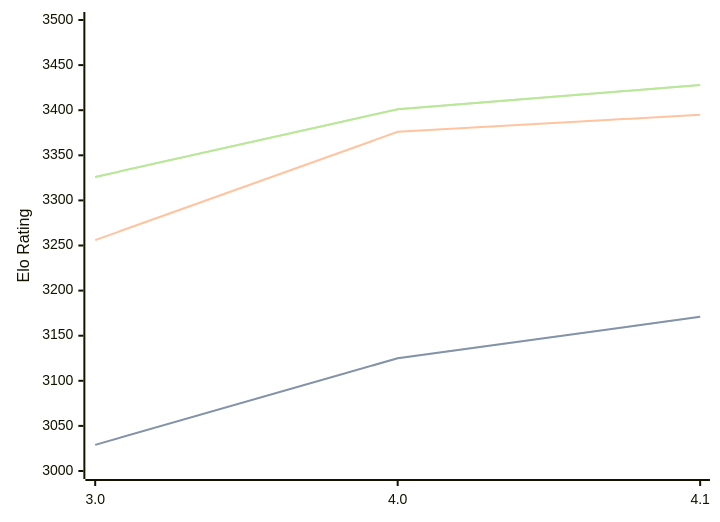
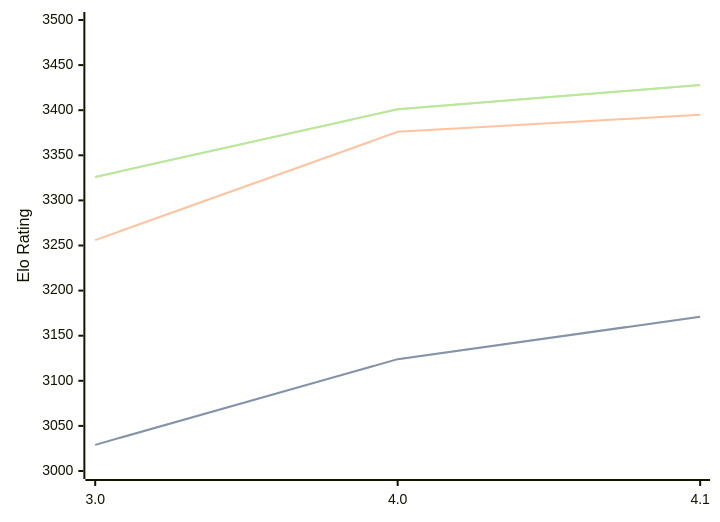
Before and after one commit to computer-chess-index/cci: the diagram in engines/Eleanor.md, drawn with Mermaid. The commit also changed other lines of this file, not shown here.

````diff
--- a/engines/Eleanor.md
+++ b/engines/Eleanor.md
@@ -33,11 +33,11 @@
 ```mermaid
 %%{init: {"theme":"base","themeVariables":{"seriesColors:['#a3a3a3','#222221','#faa371']}}}%%
 xychart-beta
   x-axis ["3.0", "4.0", "4.1"]
   y-axis "Elo Rating" 3000 --> 3500
-  line "" [3029, 3125, 3171]
-  line "STC (8.0+0.08s)" [3029, 3125, 3171]
+  line "" [3029, 3124, 3171]
+  line "STC (8.0+0.08s)" [3029, 3124, 3171]
   line "LTC (60.0+0.60s)" [3256, 3376, 3395]
   line "" [3326, 3401, 3428]
   line "VLTC (2m24s+1.12s)" [3326, 3401, 3428]
 ```
````
